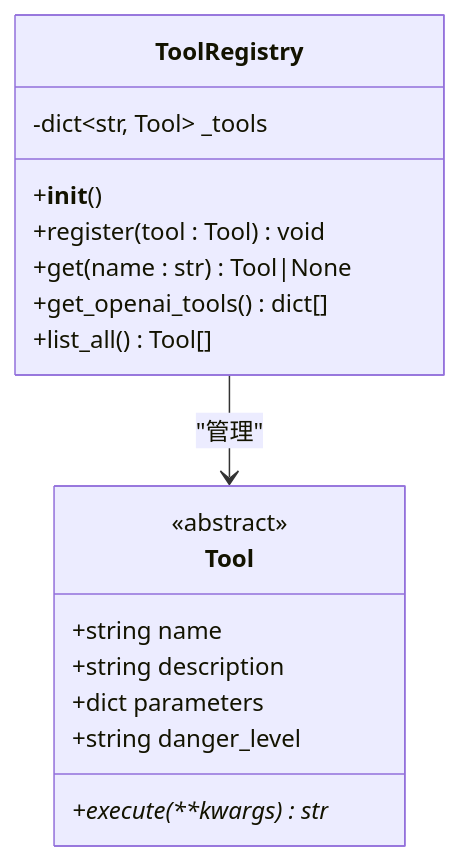
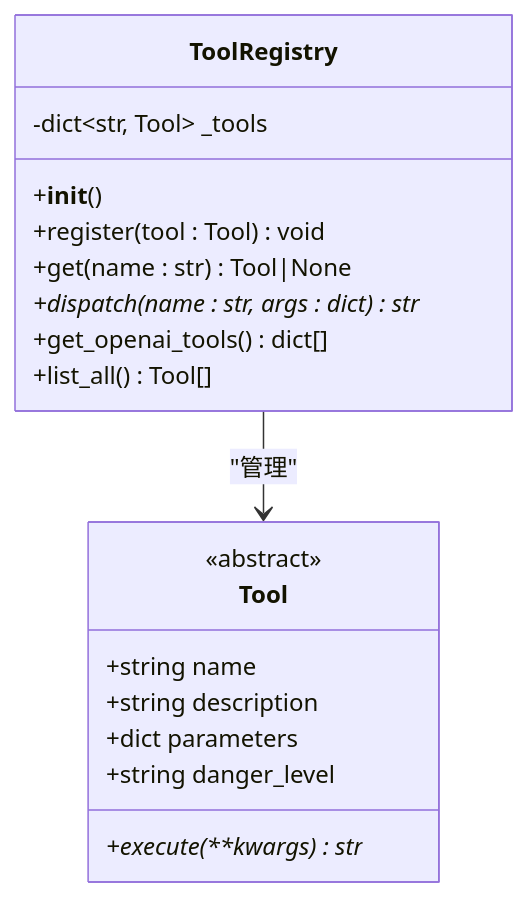
Before and after one commit to 250shiwo/MySmallAgent: the fourth of 14 diagrams in .qoder/repowiki/zh/content/核心模块详解/工具系统架构.md, drawn with Mermaid. The commit also changed other lines of this file and 23 other files, not shown here.

````diff
--- a/.qoder/repowiki/zh/content/核心模块详解/工具系统架构.md
+++ b/.qoder/repowiki/zh/content/核心模块详解/工具系统架构.md
@@ -359,20 +472,21 @@
 ```mermaid
 classDiagram
 class ToolRegistry {
 -dict~str, Tool~ _tools
 +__init__()
 +register(tool : Tool) void
 +get(name : str) Tool|None
++dispatch(name : str, args : dict) str*
 +get_openai_tools() dict[]
 +list_all() Tool[]
 }
 class Tool {
 <<abstract>>
 +string name
 +string description
 +dict parameters
 +string danger_level
 +execute(**kwargs) str*
 }
 ToolRegistry --> Tool : "管理"
 ```
````
